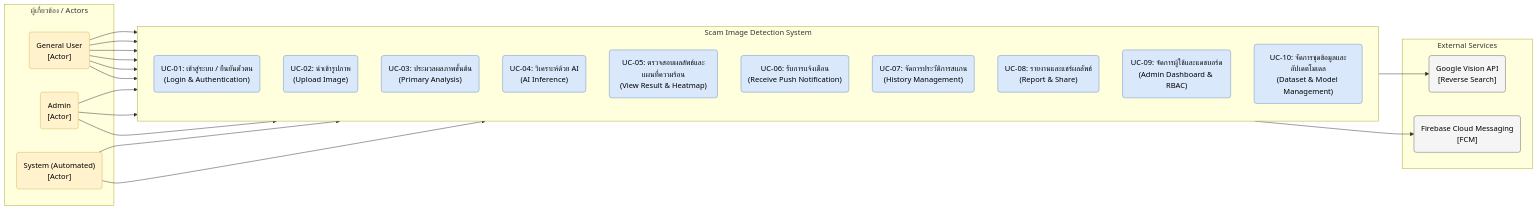
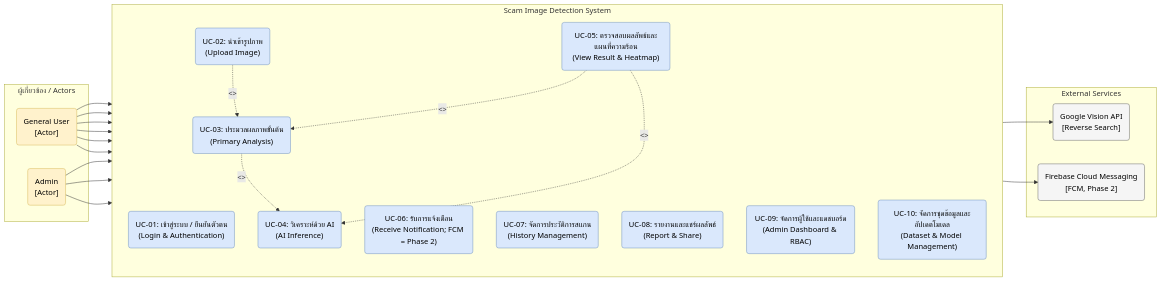
One commit to Panuwat-ta/project changed the diagram in wiki/requirements/use-case-diagram.md. Above: the diagram before and after it, drawn with Mermaid. The commit also changed other lines of this file and 90 other files, not shown here.

````diff
--- a/wiki/requirements/use-case-diagram.md
+++ b/wiki/requirements/use-case-diagram.md
@@ -11,60 +11,62 @@
 ```mermaid
 flowchart LR
     %% การตั้งค่า Class สีต่างๆ (กำหนด color:black ตามมาตรฐานเดิม)
     classDef actorFill fill:#fff2cc,stroke:#d6b656,color:black
     classDef ucFill fill:#dae8fc,stroke:#6c8ebf,color:black
     classDef extFill fill:#f5f5f5,stroke:#666666,color:black
 
-    %% Actors Boundary
+    %% Actors Boundary (มีเฉพาะ human actors; ขั้นตอนอัตโนมัติใช้ <<include>>)
     subgraph Actors [ผู้เกี่ยวข้อง / Actors]
         User("General User<br>[Actor]")
         Admin("Admin<br>[Actor]")
-        SystemActor("System (Automated)<br>[Actor]")
     end
 
     %% System Boundary
     subgraph SystemBoundary [Scam Image Detection System]
         direction TB
         
         UC01("UC-01: เข้าสู่ระบบ / ยืนยันตัวตน<br>(Login & Authentication)")
         UC02("UC-02: นำเข้ารูปภาพ<br>(Upload Image)")
         UC03("UC-03: ประมวลผลภาพขั้นต้น<br>(Primary Analysis)")
         UC04("UC-04: วิเคราะห์ด้วย AI<br>(AI Inference)")
         UC05("UC-05: ตรวจสอบผลลัพธ์และแผนที่ความร้อน<br>(View Result & Heatmap)")
-        UC06("UC-06: รับการแจ้งเตือน<br>(Receive Push Notification)")
+        UC06("UC-06: รับการแจ้งเตือน<br>(Receive Notification; FCM = Phase 2)")
         UC07("UC-07: จัดการประวัติการสแกน<br>(History Management)")
         UC08("UC-08: รายงานและแชร์ผลลัพธ์<br>(Report & Share)")
         UC09("UC-09: จัดการผู้ใช้และแดชบอร์ด<br>(Admin Dashboard & RBAC)")
         UC10("UC-10: จัดการชุดข้อมูลและอัปเดตโมเดล<br>(Dataset & Model Management)")
     end
 
     %% External Services
     subgraph ExternalServices [External Services]
         GoogleVision("Google Vision API<br>[Reverse Search]")
-        FCM("Firebase Cloud Messaging<br>[FCM]")
+        FCM("Firebase Cloud Messaging<br>[FCM, Phase 2]")
     end
 
     %% Relationships / Associations
     User --> UC01
     User --> UC02
     User --> UC05
     User --> UC06
     User --> UC07
     User --> UC08
 
     Admin --> UC01
     Admin --> UC09
     Admin --> UC10
 
-    SystemActor --> UC03
-    SystemActor --> UC04
+    %% ขั้นตอนอัตโนมัติเป็น <<include>> ใต้ General User (ไม่มี System Actor)
+    UC02 -. " <<include>> " .-> UC03
+    UC03 -. " <<include>> " .-> UC04
+    UC05 -. " <<include>> " .-> UC03
+    UC05 -. " <<include>> " .-> UC04
 
-    %% External Connections
+    %% External Connections (optional; ล้มเหลวให้คืนผลบางส่วน ไม่สรุปว่าปลอดภัย)
     UC03 --> GoogleVision
     UC06 --> FCM
 
     %% Apply Styles
-    class User,Admin,SystemActor actorFill
+    class User,Admin actorFill
     class UC01,UC02,UC03,UC04,UC05,UC06,UC07,UC08,UC09,UC10 ucFill
     class GoogleVision,FCM extFill
 ```
````
